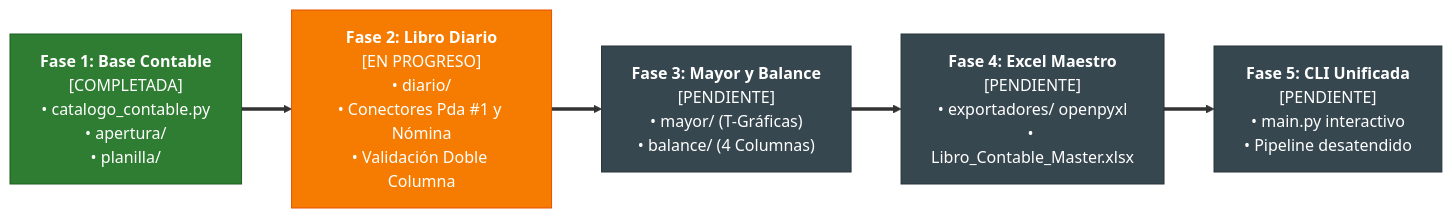
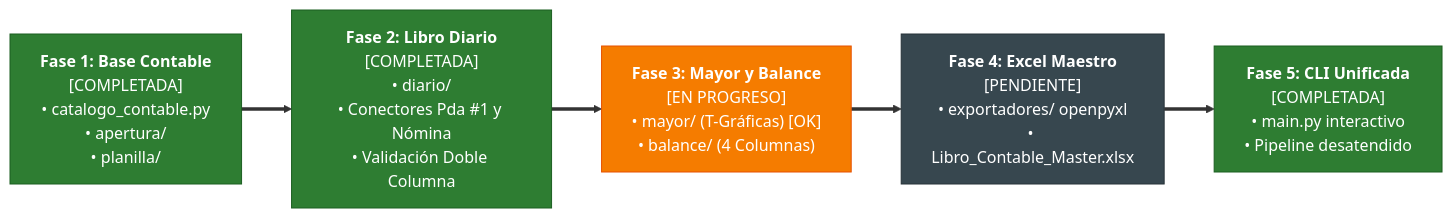
Before and after one commit to EmGamex/Accounting-Cycle-on-Python: the fifth of 5 diagrams in SISTEMA_CONTABLE_INTEGRAL.md, drawn with Mermaid.

Commit message:
Actualizar grafico de progreso

````diff
--- a/SISTEMA_CONTABLE_INTEGRAL.md
+++ b/SISTEMA_CONTABLE_INTEGRAL.md
@@ -304,16 +304,16 @@
 ```mermaid
 flowchart LR
     F1["<b>Fase 1: Base Contable</b><br/>[COMPLETADA]<br/>• catalogo_contable.py<br/>• apertura/<br/>• planilla/"]
-    F2["<b>Fase 2: Libro Diario</b><br/>[EN PROGRESO]<br/>• diario/<br/>• Conectores Pda #1 y Nómina<br/>• Validación Doble Columna"]
-    F3["<b>Fase 3: Mayor y Balance</b><br/>[PENDIENTE]<br/>• mayor/ (T-Gráficas)<br/>• balance/ (4 Columnas)"]
+    F2["<b>Fase 2: Libro Diario</b><br/>[COMPLETADA]<br/>• diario/<br/>• Conectores Pda #1 y Nómina<br/>• Validación Doble Columna"]
+    F3["<b>Fase 3: Mayor y Balance</b><br/>[EN PROGRESO]<br/>• mayor/ (T-Gráficas) [OK]<br/>• balance/ (4 Columnas)"]
     F4["<b>Fase 4: Excel Maestro</b><br/>[PENDIENTE]<br/>• exportadores/ openpyxl<br/>• Libro_Contable_Master.xlsx"]
-    F5["<b>Fase 5: CLI Unificada</b><br/>[PENDIENTE]<br/>• main.py interactivo<br/>• Pipeline desatendido"]
+    F5["<b>Fase 5: CLI Unificada</b><br/>[COMPLETADA]<br/>• main.py interactivo<br/>• Pipeline desatendido"]
 
     F1 ==> F2 ==> F3 ==> F4 ==> F5
 
     style F1 fill:#2e7d32,stroke:#1b5e20,color:#ffffff
-    style F2 fill:#f57c00,stroke:#e65100,color:#ffffff
-    style F3 fill:#37474f,stroke:#263238,color:#ffffff
+    style F2 fill:#2e7d32,stroke:#1b5e20,color:#ffffff
+    style F3 fill:#f57c00,stroke:#e65100,color:#ffffff
     style F4 fill:#37474f,stroke:#263238,color:#ffffff
-    style F5 fill:#37474f,stroke:#263238,color:#ffffff
+    style F5 fill:#2e7d32,stroke:#1b5e20,color:#ffffff
 ```
````
